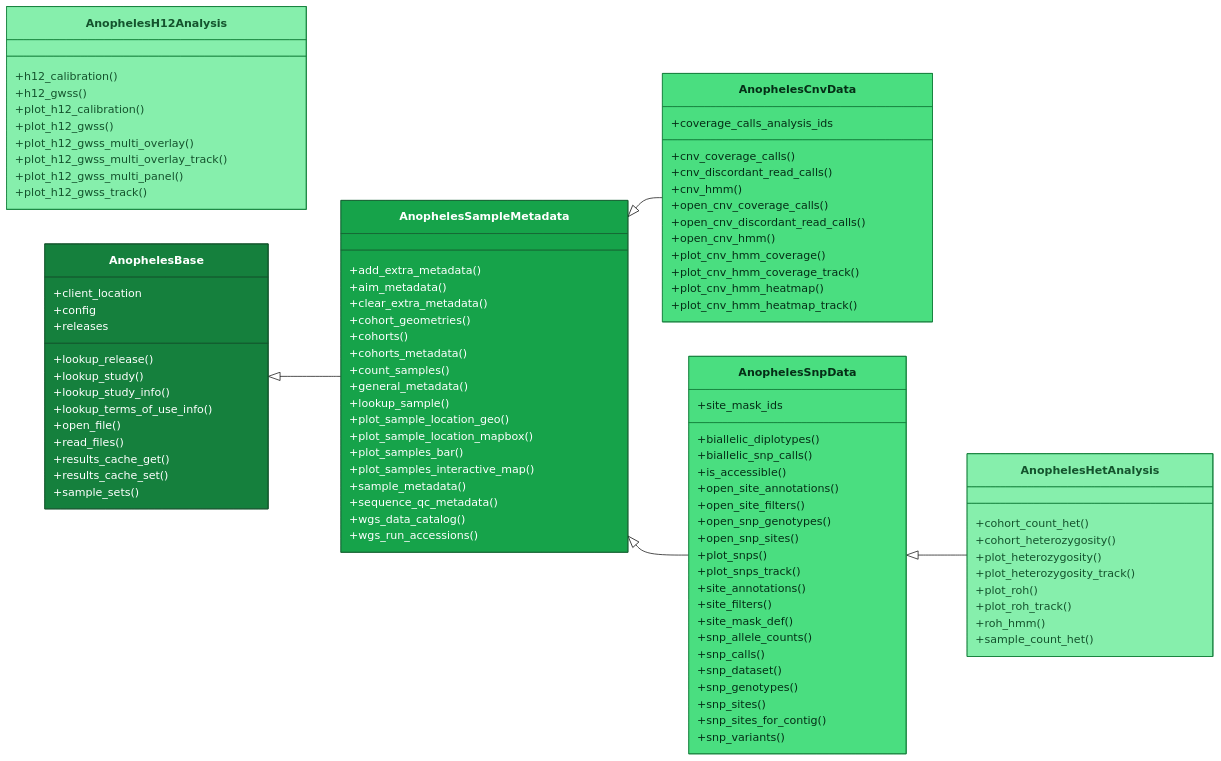
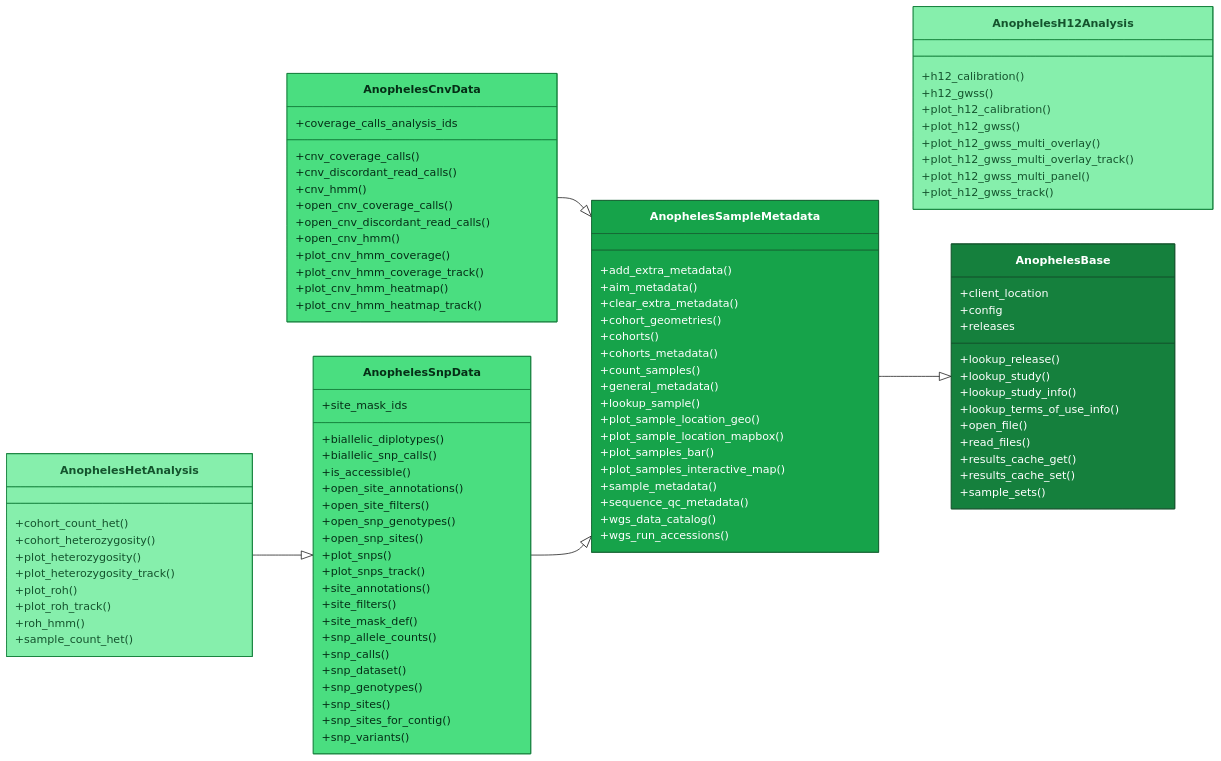
The diagram in docs/source/_static/diagrams/class_details.mmd (malariagen/malariagen-data-python), drawn with Mermaid (forest theme) before and after one commit. The commit also changed 1 other file, not shown here.

Commit message:
fixed direction in inheritance diagram

```diff
--- a/docs/source/_static/diagrams/class_details.mmd
+++ b/docs/source/_static/diagrams/class_details.mmd
@@ -1,111 +1,111 @@
 classDiagram
-    direction LR
+    direction RL
 
     class AnophelesCnvData {
         +cnv_coverage_calls()
         +cnv_discordant_read_calls()
         +cnv_hmm()
         +coverage_calls_analysis_ids
         +open_cnv_coverage_calls()
         +open_cnv_discordant_read_calls()
         +open_cnv_hmm()
         +plot_cnv_hmm_coverage()
         +plot_cnv_hmm_coverage_track()
         +plot_cnv_hmm_heatmap()
         +plot_cnv_hmm_heatmap_track()
     }
     class AnophelesH12Analysis {
         +h12_calibration()
         +h12_gwss()
         +plot_h12_calibration()
         +plot_h12_gwss()
         +plot_h12_gwss_multi_overlay()
         +plot_h12_gwss_multi_overlay_track()
         +plot_h12_gwss_multi_panel()
         +plot_h12_gwss_track()
     }
     class AnophelesHetAnalysis {
         +cohort_count_het()
         +cohort_heterozygosity()
         +plot_heterozygosity()
         +plot_heterozygosity_track()
         +plot_roh()
         +plot_roh_track()
         +roh_hmm()
         +sample_count_het()
     }
     class AnophelesSnpData {
         +biallelic_diplotypes()
         +biallelic_snp_calls()
         +is_accessible()
         +open_site_annotations()
         +open_site_filters()
         +open_snp_genotypes()
         +open_snp_sites()
         +plot_snps()
         +plot_snps_track()
         +site_annotations()
         +site_filters()
         +site_mask_def()
         +site_mask_ids
         +snp_allele_counts()
         +snp_calls()
         +snp_dataset()
         +snp_genotypes()
         +snp_sites()
         +snp_sites_for_contig()
         +snp_variants()
     }
     class AnophelesSampleMetadata {
         +add_extra_metadata()
         +aim_metadata()
         +clear_extra_metadata()
         +cohort_geometries()
         +cohorts()
         +cohorts_metadata()
         +count_samples()
         +general_metadata()
         +lookup_sample()
         +plot_sample_location_geo()
         +plot_sample_location_mapbox()
         +plot_samples_bar()
         +plot_samples_interactive_map()
         +sample_metadata()
         +sequence_qc_metadata()
         +wgs_data_catalog()
         +wgs_run_accessions()
     }
     class AnophelesBase {
         +client_location
         +config
         +lookup_release()
         +lookup_study()
         +lookup_study_info()
         +lookup_terms_of_use_info()
         +open_file()
         +read_files()
         +releases
         +results_cache_get()
         +results_cache_set()
         +sample_sets()
     }
 
     AnophelesSampleMetadata <|-- AnophelesCnvData
     AnophelesSnpData <|-- AnophelesHetAnalysis
     AnophelesSampleMetadata <|-- AnophelesSnpData
     AnophelesBase <|-- AnophelesSampleMetadata
 
     %% Same depth colour scale as class_hierarchy.mmd.
     style AnophelesCnvData fill:#4ade80,stroke:#15803d,color:#052e16
     style AnophelesH12Analysis fill:#86efac,stroke:#15803d,color:#14532d
     style AnophelesHetAnalysis fill:#86efac,stroke:#15803d,color:#14532d
     style AnophelesSnpData fill:#4ade80,stroke:#15803d,color:#052e16
     style AnophelesSampleMetadata fill:#16a34a,stroke:#166534,color:#ffffff
     style AnophelesBase fill:#15803d,stroke:#14532d,color:#ffffff
 
     click AnophelesCnvData href "https://github.com/malariagen/malariagen-data-python/blob/master/malariagen_data/anoph/cnv_data.py#L28" "Access to raw CNV HMM, coverage-call and discordant-read-call data."
     click AnophelesH12Analysis href "https://github.com/malariagen/malariagen-data-python/blob/master/malariagen_data/anoph/h12.py#L14" "H12 genome-wide selection scans and calibration."
     click AnophelesHetAnalysis href "https://github.com/malariagen/malariagen-data-python/blob/master/malariagen_data/anoph/heterozygosity.py#L16" "Per-sample and per-cohort heterozygosity, and runs-of-homozygosity (ROH)."
     click AnophelesSnpData href "https://github.com/malariagen/malariagen-data-python/blob/master/malariagen_data/anoph/snp_data.py#L49" "Core SNP genotype, site filter and site annotation data access."
     click AnophelesSampleMetadata href "https://github.com/malariagen/malariagen-data-python/blob/master/malariagen_data/anoph/sample_metadata.py#L34" "Sample and cohort metadata access."
     click AnophelesBase href "https://github.com/malariagen/malariagen-data-python/blob/master/malariagen_data/anoph/base.py#L49" "Foundational config, release and file-access plumbing shared by everything."
```
